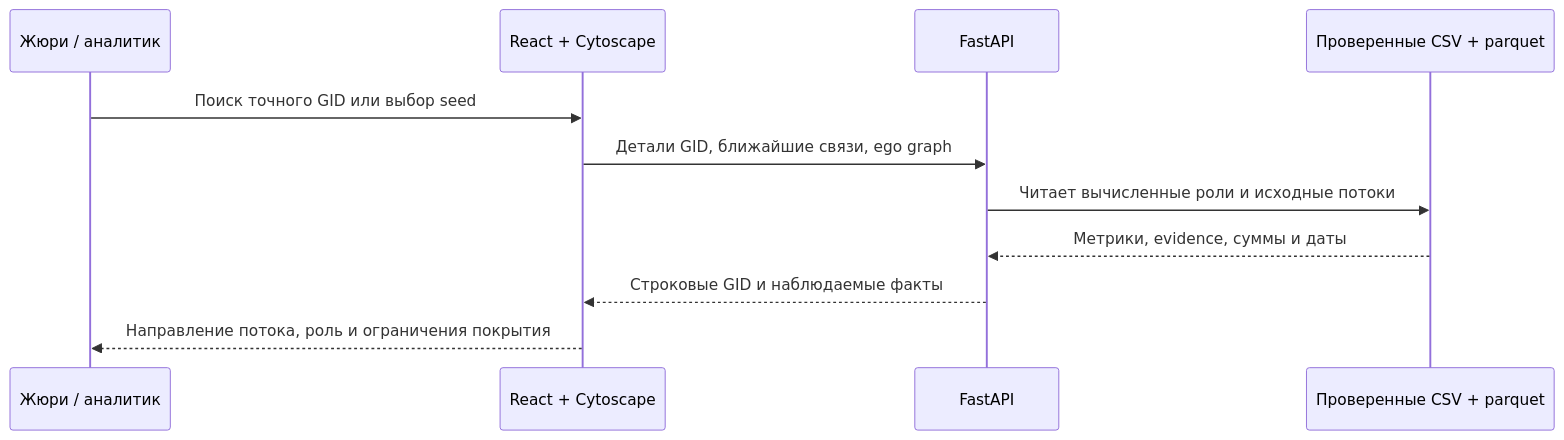
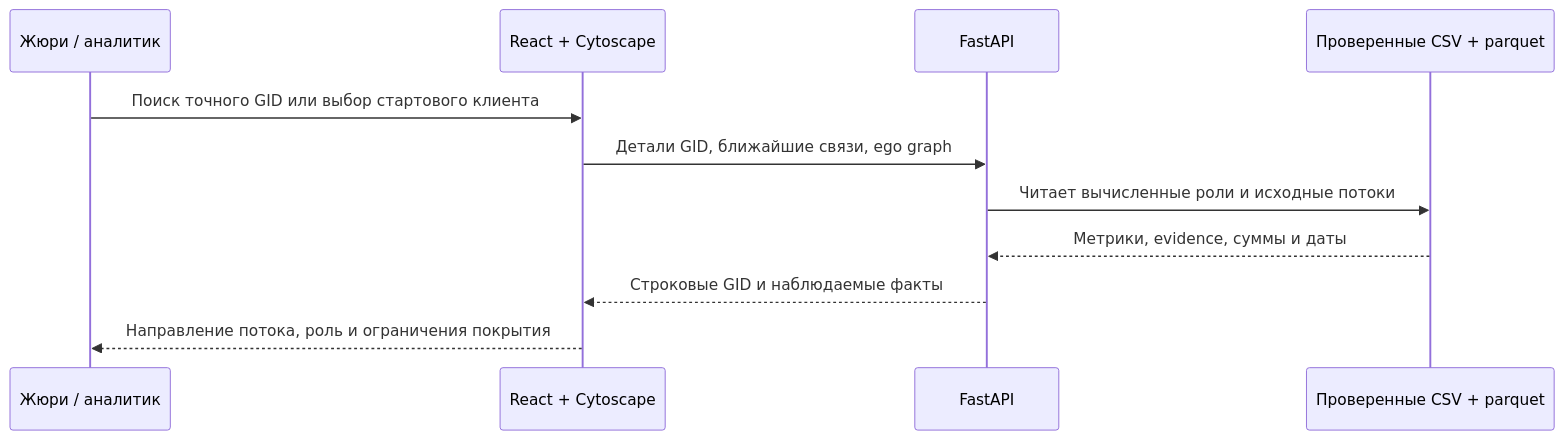
The second of 3 diagrams in README.md (BAITC-Hacks/hack-0a855e0e-terra-group-labs), drawn with Mermaid before and after one commit. The commit also changed other lines of this file and 17 other files, not shown here.

````diff
--- a/README.md
+++ b/README.md
@@ -44,13 +58,13 @@
 ```mermaid
 sequenceDiagram
     participant Judge as Жюри / аналитик
     participant UI as React + Cytoscape
     participant API as FastAPI
     participant CSV as Проверенные CSV + parquet
-    Judge->>UI: Поиск точного GID или выбор seed
+    Judge->>UI: Поиск точного GID или выбор стартового клиента
     UI->>API: Детали GID, ближайшие связи, ego graph
     API->>CSV: Читает вычисленные роли и исходные потоки
     CSV-->>API: Метрики, evidence, суммы и даты
     API-->>UI: Строковые GID и наблюдаемые факты
     UI-->>Judge: Направление потока, роль и ограничения покрытия
 ```
````
